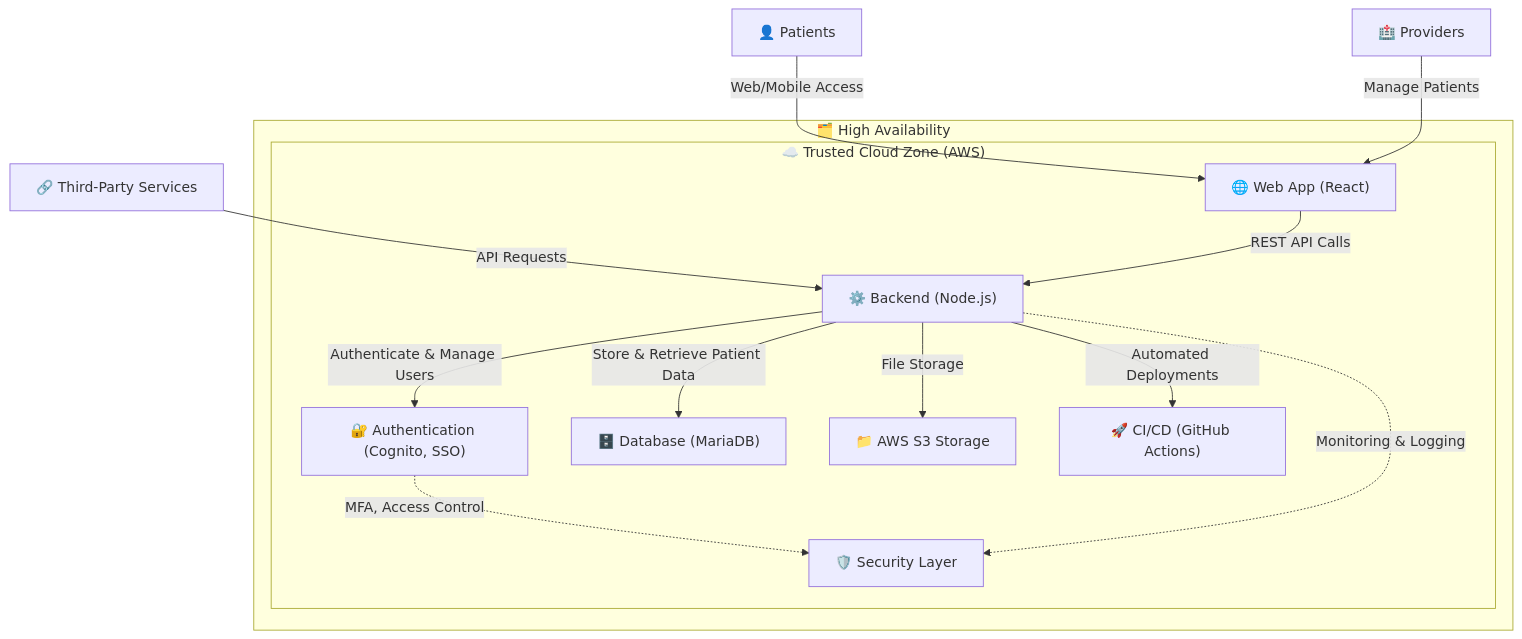
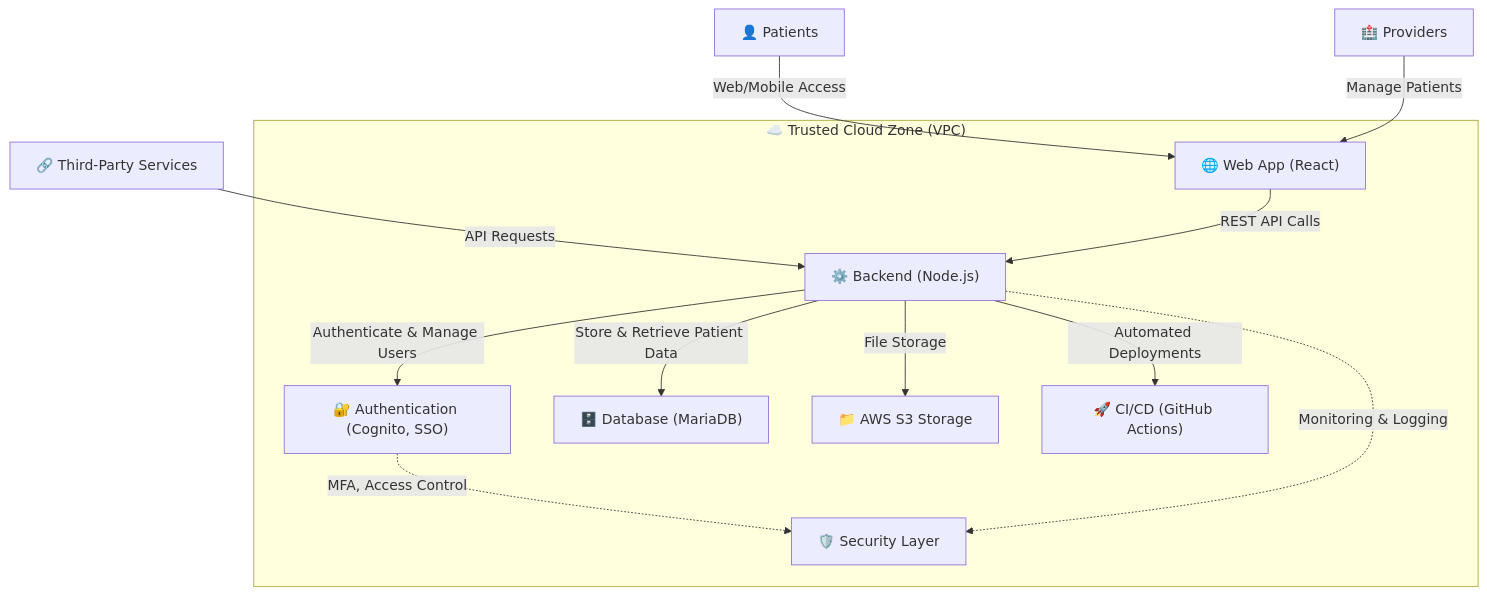
The diagram in Project 4/HLD.md (nfroze/Project-4-Threat-Modeling), drawn with Mermaid before and after one commit.

````diff
--- a/Project 4/HLD.md
+++ b/Project 4/HLD.md
@@ -1,28 +1,23 @@
 ```mermaid
 flowchart TD;
 
     %% External Users & Systems
     Patients["👤 Patients"] -->|Web/Mobile Access| Frontend["🌐 Web App (React)"]
     HealthcareProviders["🏥 Providers"] -->|Manage Patients| Frontend
     ThirdParty["🔗 Third-Party Services"] -->|API Requests| Backend["⚙️ Backend (Node.js)"]
 
-    %% Trust Zone (Internal Cloud Environment)
-    subgraph CloudZone ["☁️ Trusted Cloud Zone (AWS)"]
+    %% Trust Zone (Internal Cloud Environment - VPC)
+    subgraph CloudZone ["☁️ Trusted Cloud Zone (VPC)"]
         Frontend -->|REST API Calls| Backend
         Backend -->|Authenticate & Manage Users| Auth["🔐 Authentication (Cognito, SSO)"]
         Backend -->|Store & Retrieve Patient Data| Database["🗄️ Database (MariaDB)"]
         Backend -->|File Storage| S3["📁 AWS S3 Storage"]
 
         %% Security Layer
         Auth -.->|MFA, Access Control| Security["🛡️ Security Layer"]
         Backend -.->|Monitoring & Logging| Security
 
         %% CI/CD
         Backend -->|Automated Deployments| CI_CD["🚀 CI/CD (GitHub Actions)"]
     end
-
-    %% Optional Availability Zone Logic (Conceptual Layering)
-    subgraph AvailabilityZones ["🗂️ High Availability"]
-        CloudZone
-    end
 ```
````
